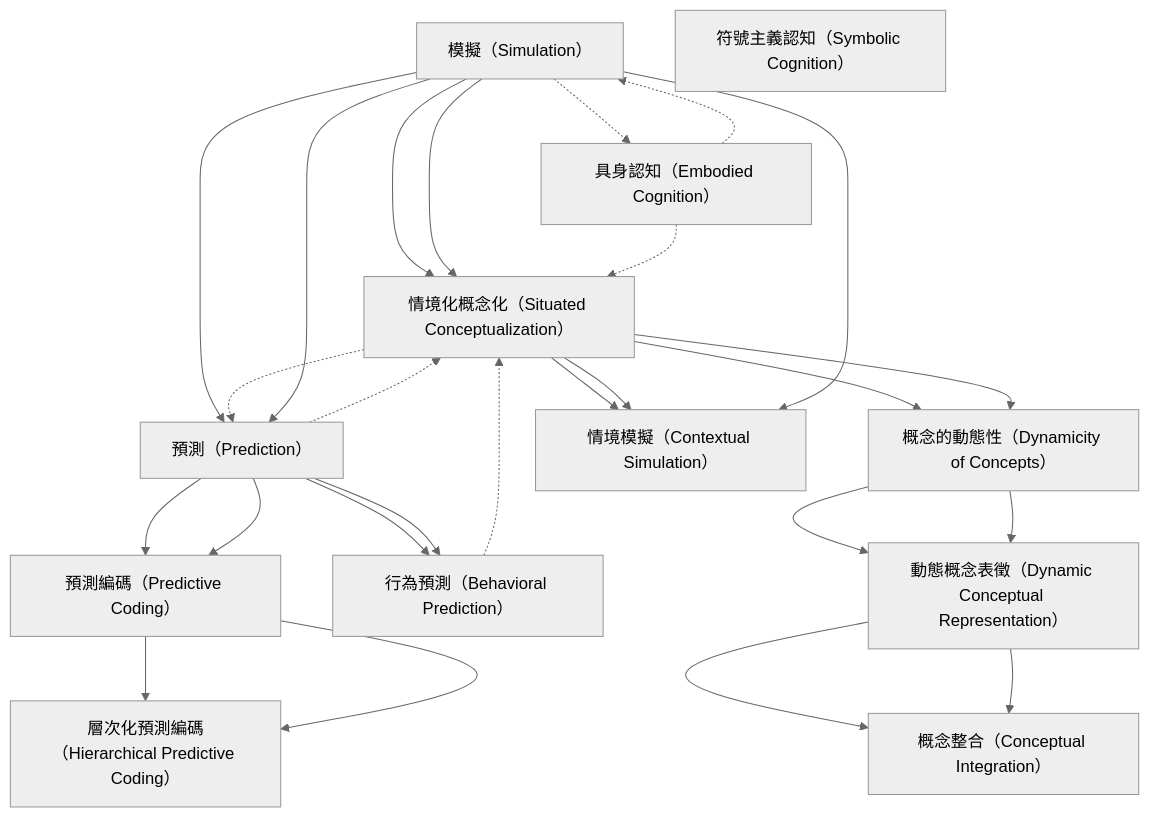
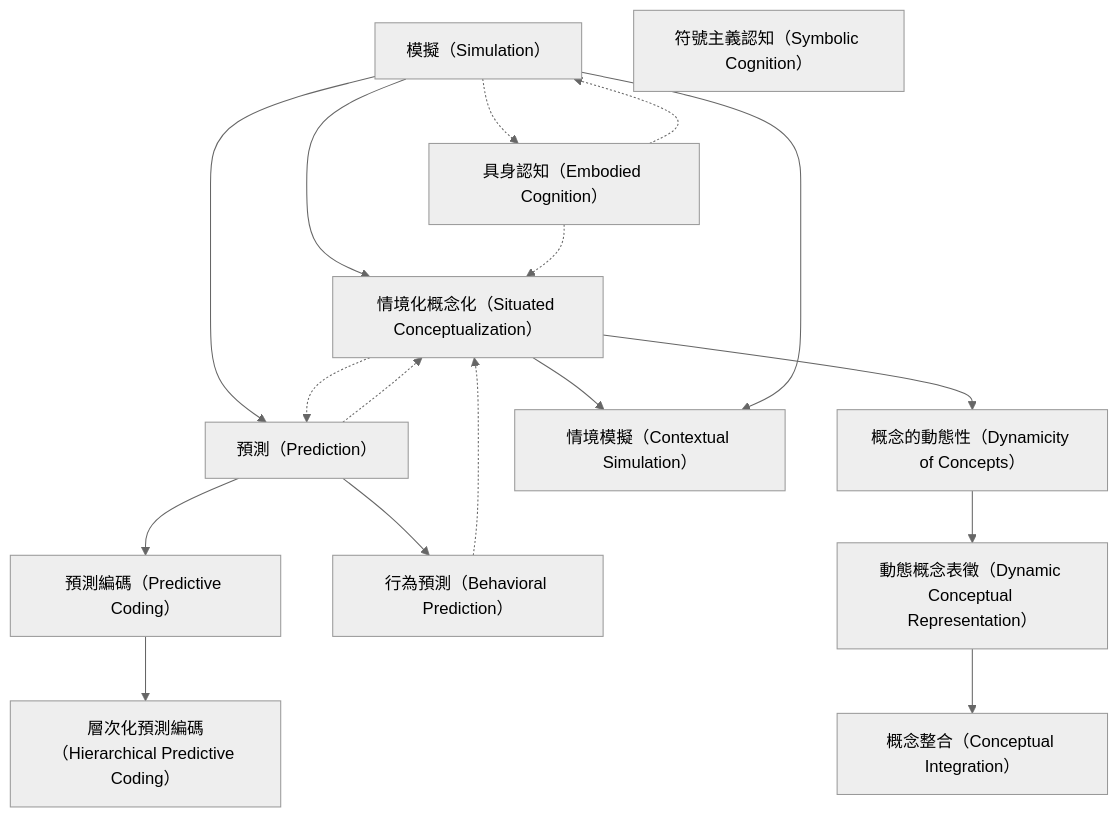
Before and after one commit to SCgeeker/Claude_Journal_Club_Agents: the diagram in output/zettelkasten_notes/zettel_Barsalou-2009_20251104/zettel_index.md, drawn with Mermaid (neutral theme). The commit also changed 776 other files, not shown here.

````diff
--- a/output/zettelkasten_notes/zettel_Barsalou-2009_20251104/zettel_index.md
+++ b/output/zettelkasten_notes/zettel_Barsalou-2009_20251104/zettel_index.md
@@ -92,78 +92,69 @@
 ```mermaid
 graph TD
 
     Barsalou-2009-001["模擬（Simulation）"]
 
     Barsalou-2009-002["情境化概念化（Situated Conceptualization）"]
 
     Barsalou-2009-003["預測（Prediction）"]
 
     Barsalou-2009-004["具身認知（Embodied Cognition）"]
 
     Barsalou-2009-005["概念的動態性（Dynamicity of Concepts）"]
 	
     Barsalou-2009-006["情境模擬（Contextual Simulation）"]
 
     Barsalou-2009-007["預測編碼（Predictive Coding）"]
 
     Barsalou-2009-008["行為預測（Behavioral Prediction）"]
 
     Barsalou-2009-009["動態概念表徵（Dynamic Conceptual Representation）"]
 
     Barsalou-2009-010["層次化預測編碼（Hierarchical Predictive Coding）"]
 
     Barsalou-2009-011["概念整合（Conceptual Integration）"]
 
     Barsalou-2009-012["符號主義認知（Symbolic Cognition）"]
 
     Barsalou-2009-001 --> Barsalou-2009-002
 
     Barsalou-2009-001 --> Barsalou-2009-003
 
     Barsalou-2009-001 -.-> Barsalou-2009-004
 
-    Barsalou-2009-001 --> Barsalou-2009-002
 
     Barsalou-2009-002 --> Barsalou-2009-005
 
     Barsalou-2009-002 --> Barsalou-2009-006
 
     Barsalou-2009-002 -.-> Barsalou-2009-003
 
-    Barsalou-2009-001 --> Barsalou-2009-003
 
     Barsalou-2009-003 --> Barsalou-2009-007
 
     Barsalou-2009-003 --> Barsalou-2009-008
 
     Barsalou-2009-003 -.-> Barsalou-2009-002
 
     Barsalou-2009-004 -.-> Barsalou-2009-001
 
     Barsalou-2009-004 -.-> Barsalou-2009-002
 
-    Barsalou-2009-002 --> Barsalou-2009-005
 
     Barsalou-2009-005 --> Barsalou-2009-009
 
-    Barsalou-2009-002 --> Barsalou-2009-006
 
     Barsalou-2009-001 --> Barsalou-2009-006
 
-    Barsalou-2009-003 --> Barsalou-2009-007
 
     Barsalou-2009-007 --> Barsalou-2009-010
 
-    Barsalou-2009-003 --> Barsalou-2009-008
 
     Barsalou-2009-008 -.-> Barsalou-2009-002
 
-    Barsalou-2009-005 --> Barsalou-2009-009
 
     Barsalou-2009-009 --> Barsalou-2009-011
 
-    Barsalou-2009-007 --> Barsalou-2009-010
 
-    Barsalou-2009-009 --> Barsalou-2009-011
 
 ```
````
